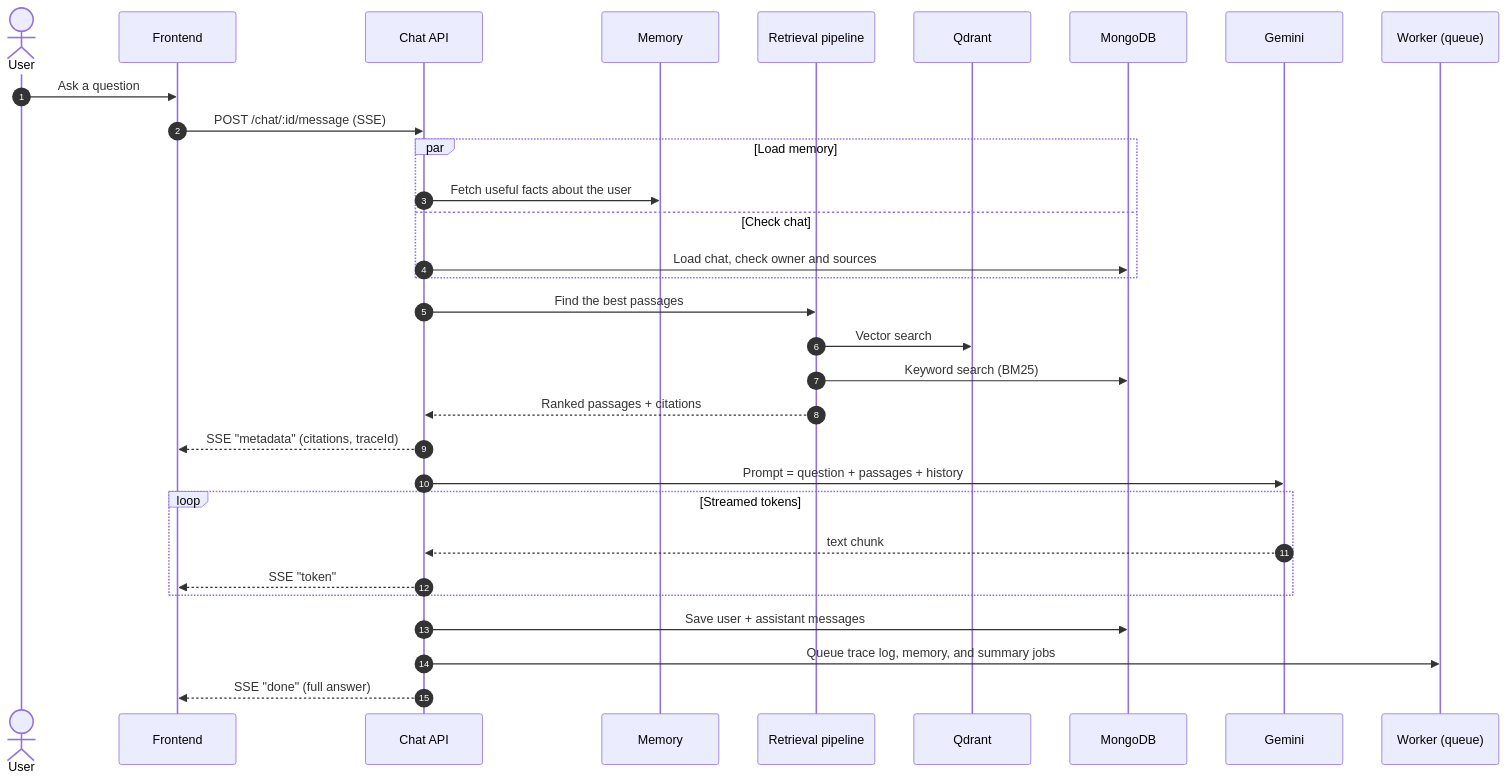
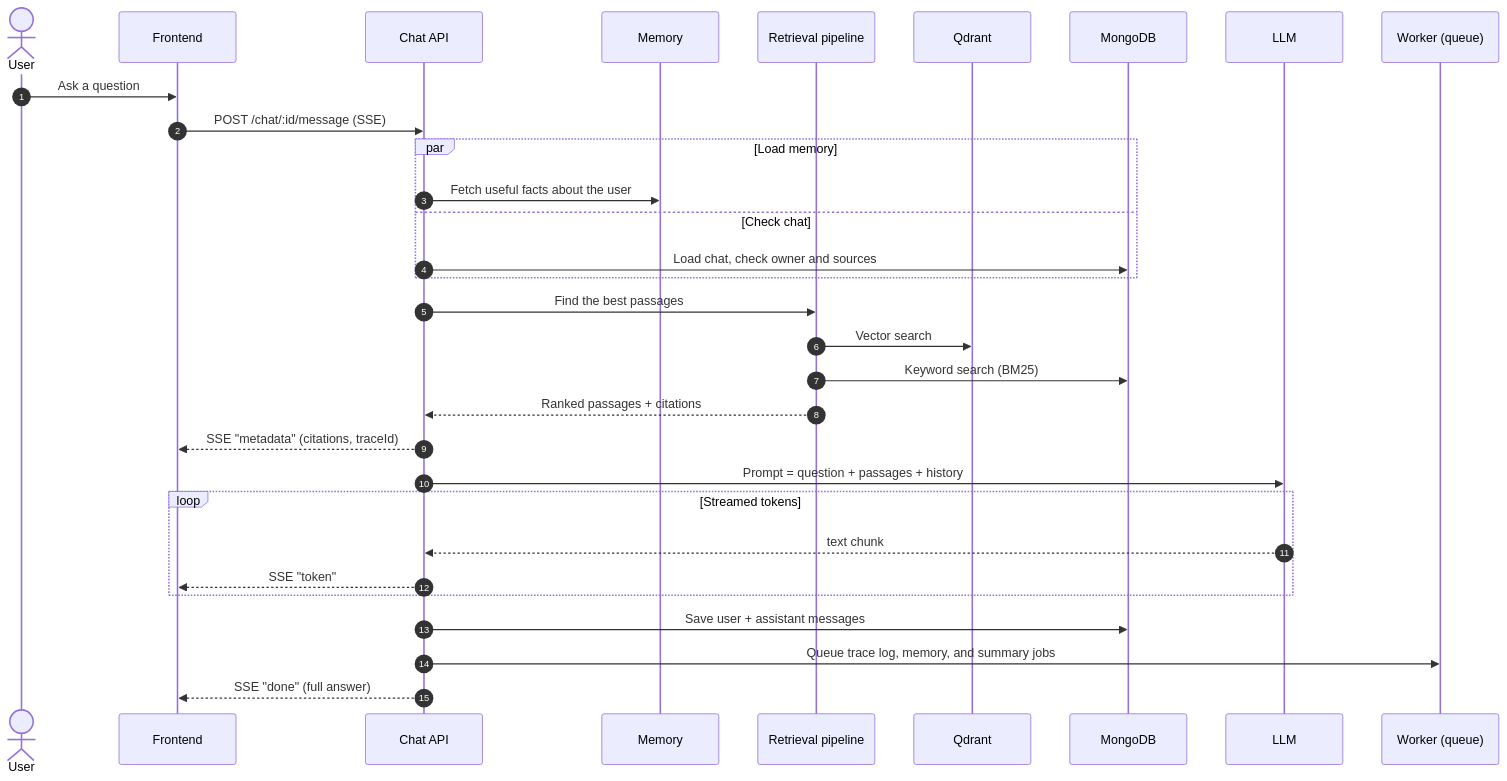
Before and after one commit to Arindam-Roy2004/Sagewell: the sixth of 11 diagrams in readme.md, drawn with Mermaid. The commit also changed other lines of this file and 16 other files, not shown here.

First line of the commit message:
Switch LLM and embeddings from Gemini to OpenRouter

````diff
--- a/readme.md
+++ b/readme.md
@@ -223,34 +223,34 @@
 ```mermaid
 sequenceDiagram
     autonumber
     actor User
     participant FE as Frontend
     participant API as Chat API
     participant MEM as Memory
     participant RET as Retrieval pipeline
     participant Q as Qdrant
     participant DB as MongoDB
-    participant G as Gemini
+    participant G as LLM
     participant W as Worker (queue)
 
     User->>FE: Ask a question
     FE->>API: POST /chat/:id/message (SSE)
     par Load memory
         API->>MEM: Fetch useful facts about the user
     and Check chat
         API->>DB: Load chat, check owner and sources
     end
     API->>RET: Find the best passages
     RET->>Q: Vector search
     RET->>DB: Keyword search (BM25)
     RET-->>API: Ranked passages + citations
     API-->>FE: SSE "metadata" (citations, traceId)
     API->>G: Prompt = question + passages + history
     loop Streamed tokens
         G-->>API: text chunk
         API-->>FE: SSE "token"
     end
     API->>DB: Save user + assistant messages
     API->>W: Queue trace log, memory, and summary jobs
     API-->>FE: SSE "done" (full answer)
 ```
````
